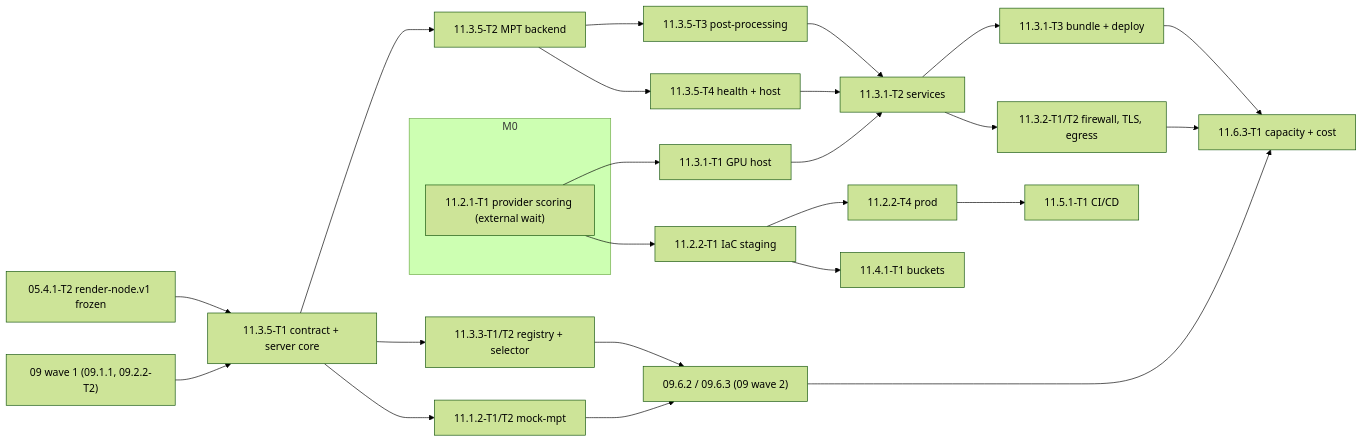
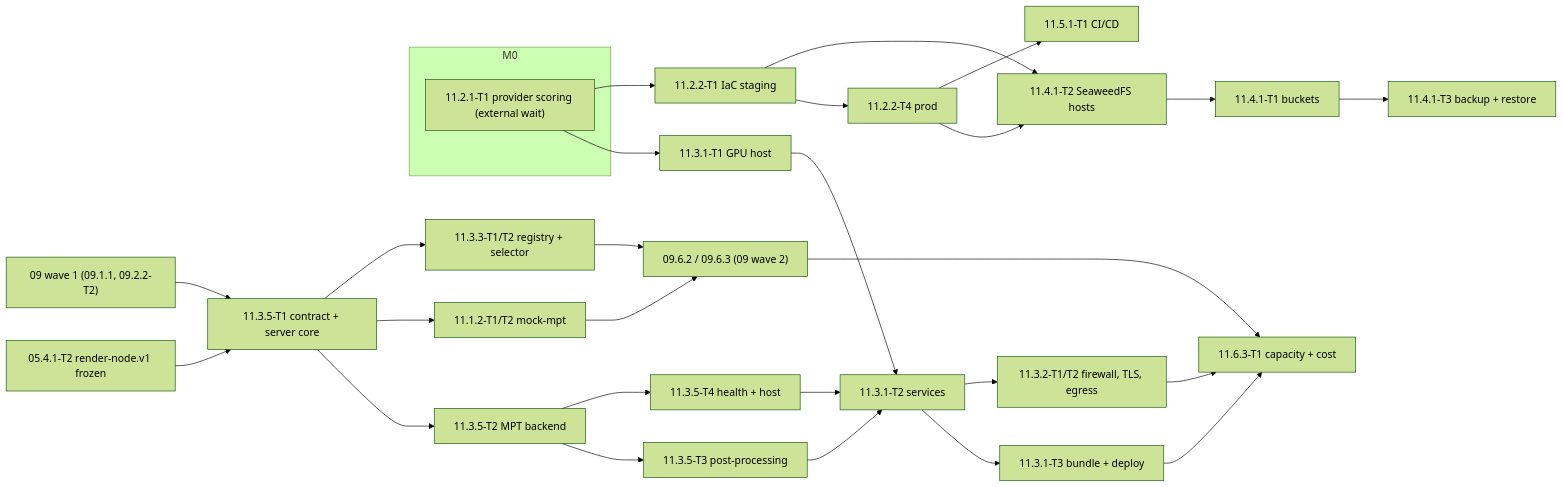
One commit to anglesen1120/NightTalesStudio changed the diagram in plans/features/11-worker-deployment/README.md. Above: the diagram before and after it, drawn with Mermaid (forest theme). The commit also changed other lines of this file and 21 other files, not shown here.

````diff
--- a/plans/features/11-worker-deployment/README.md
+++ b/plans/features/11-worker-deployment/README.md
@@ -329,25 +341,26 @@
 ```mermaid
 flowchart LR
   subgraph M0
     P1["11.2.1-T1 provider scoring (external wait)"]
   end
   G05["05.4.1-T2 render-node.v1 frozen"] --> C1["11.3.5-T1 contract + server core"]
   W1["09 wave 1 (09.1.1, 09.2.2-T2)"] --> C1
   C1 --> C2["11.3.5-T2 MPT backend"] --> C3["11.3.5-T3 post-processing"]
   C2 --> C4["11.3.5-T4 health + host"]
   C1 --> MK["11.1.2-T1/T2 mock-mpt"]
   C1 --> RG["11.3.3-T1/T2 registry + selector"]
   RG --> R96["09.6.2 / 09.6.3 (09 wave 2)"]
   MK --> R96
   P1 --> H1["11.3.1-T1 GPU host"]
   C3 --> H2["11.3.1-T2 services"]
   C4 --> H2
   H1 --> H2 --> H3["11.3.1-T3 bundle + deploy"]
   H2 --> NT["11.3.2-T1/T2 firewall, TLS, egress"]
   P1 --> IA["11.2.2-T1 IaC staging"] --> PR["11.2.2-T4 prod"]
-  IA --> B1["11.4.1-T1 buckets"]
+  IA --> SH["11.4.1-T2 SeaweedFS hosts"] --> B1["11.4.1-T1 buckets"] --> BK["11.4.1-T3 backup + restore"]
+  PR --> SH
   PR --> CD["11.5.1-T1 CI/CD"]
   H3 --> CAP["11.6.3-T1 capacity + cost"]
   NT --> CAP
   R96 --> CAP
 ```
````
